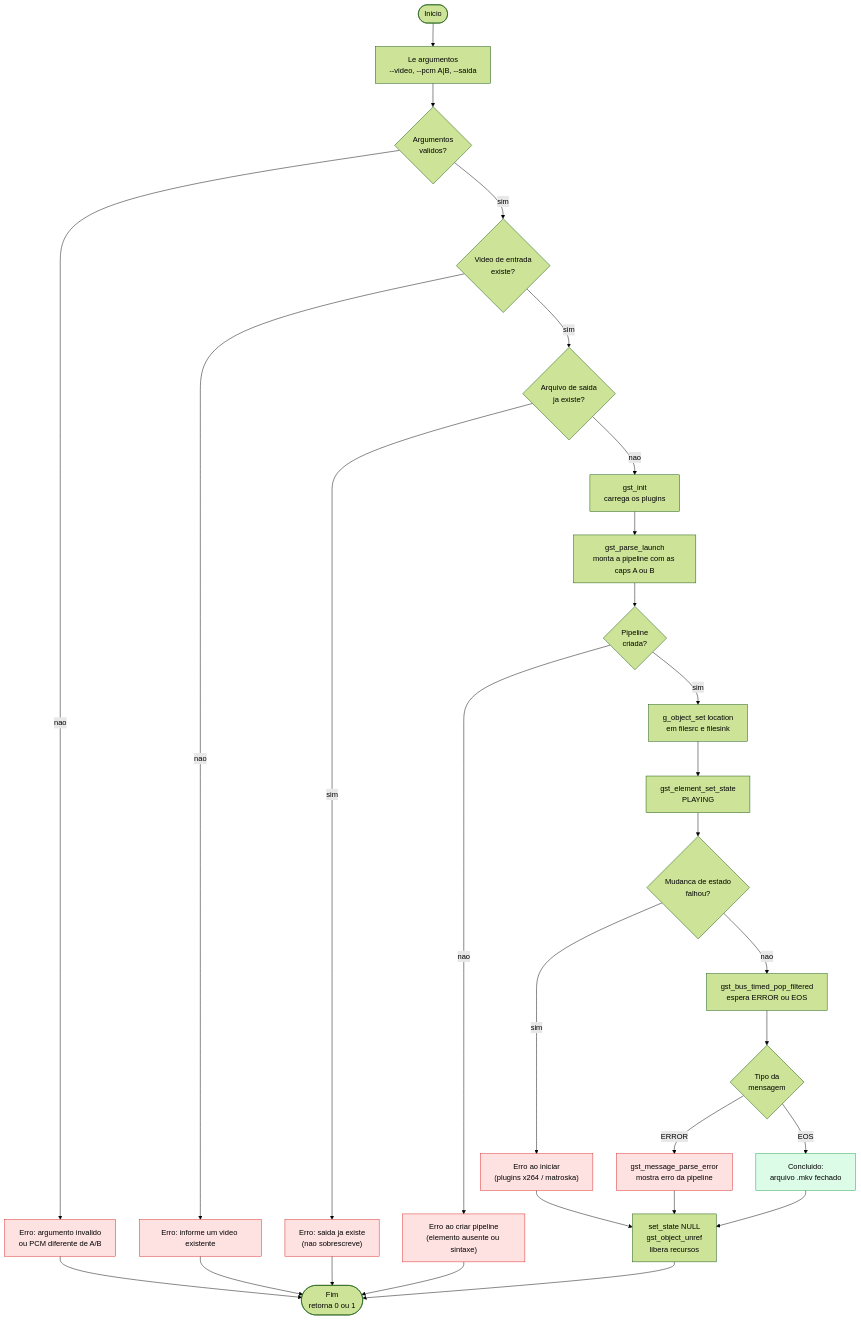
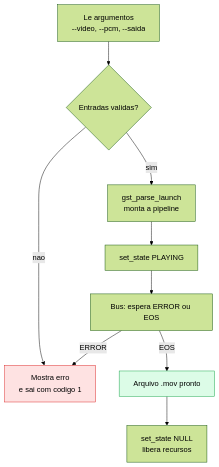
One commit to Raikyr4/Atividade-Pipeline-GStream changed the fourth of 4 diagrams in exercicio-2/docs/diagramas.md. Above: the diagram before and after it, drawn with Mermaid (forest theme). The commit also changed other lines of this file and 6 other files, not shown here.

First line of the commit message:
fix: saida em MOV para audio estereo no Windows e diagramas simplificados

````diff
--- a/exercicio-2/docs/diagramas.md
+++ b/exercicio-2/docs/diagramas.md
@@ -230,35 +60,16 @@
 ```mermaid
 flowchart TD
-    INICIO(["Inicio"]) --> ARGS["Le argumentos<br/>--video, --pcm A|B, --saida"]
-    ARGS --> ARGOK{"Argumentos<br/>validos?"}
-    ARGOK -- nao --> E1["Erro: argumento invalido<br/>ou PCM diferente de A/B"]
-    ARGOK -- sim --> VID{"Video de entrada<br/>existe?"}
-    VID -- nao --> E2["Erro: informe um video existente"]
-    VID -- sim --> OUT{"Arquivo de saida<br/>ja existe?"}
-    OUT -- sim --> E3["Erro: saida ja existe<br/>(nao sobrescreve)"]
-    OUT -- nao --> INIT["gst_init<br/>carrega os plugins"]
-    INIT --> PARSE["gst_parse_launch<br/>monta a pipeline com as caps A ou B"]
-    PARSE --> POK{"Pipeline<br/>criada?"}
-    POK -- nao --> E4["Erro ao criar pipeline<br/>(elemento ausente ou sintaxe)"]
-    POK -- sim --> LOC["g_object_set location<br/>em filesrc e filesink"]
-    LOC --> PLAY["gst_element_set_state<br/>PLAYING"]
-    PLAY --> SOK{"Mudanca de estado<br/>falhou?"}
-    SOK -- sim --> E5["Erro ao iniciar<br/>(plugins x264 / matroska)"]
-    SOK -- nao --> BUS["gst_bus_timed_pop_filtered<br/>espera ERROR ou EOS"]
-    BUS --> MSG{"Tipo da<br/>mensagem"}
-    MSG -- ERROR --> E6["gst_message_parse_error<br/>mostra erro da pipeline"]
-    MSG -- EOS --> OK["Concluido:<br/>arquivo .mkv fechado"]
-    E5 --> NULL
-    E6 --> NULL
-    OK --> NULL["set_state NULL<br/>gst_object_unref<br/>libera recursos"]
-    NULL --> FIM(["Fim<br/>retorna 0 ou 1"])
-    E1 --> FIM
-    E2 --> FIM
-    E3 --> FIM
-    E4 --> FIM
+    A["Le argumentos<br/>--video, --pcm, --saida"] --> B{"Entradas validas?"}
+    B -- nao --> ERRO["Mostra erro<br/>e sai com codigo 1"]
+    B -- sim --> C["gst_parse_launch<br/>monta a pipeline"]
+    C --> D["set_state PLAYING"]
+    D --> E["Bus: espera ERROR ou EOS"]
+    E -- ERROR --> ERRO
+    E -- EOS --> F["Arquivo .mov pronto"]
+    F --> G["set_state NULL<br/>libera recursos"]
 
     classDef erro fill:#fee2e2,stroke:#dc2626,color:#000
     classDef ok fill:#dcfce7,stroke:#16a34a,color:#000
-    class E1,E2,E3,E4,E5,E6 erro
-    class OK ok
+    class ERRO erro
+    class F ok
 ```
````
